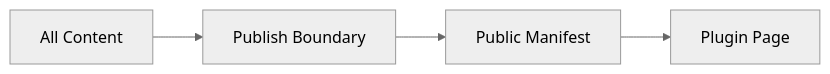
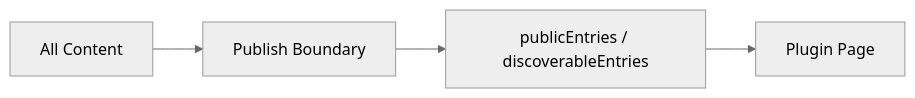
One commit to Rerurate514/riebeckite changed the ninth of 14 diagrams in docs/docs/framework/page-system.md. Above: the diagram before and after it, drawn with Mermaid (neutral theme). The commit also changed other lines of this file and 4 other files, not shown here.

````diff
--- a/docs/docs/framework/page-system.md
+++ b/docs/docs/framework/page-system.md
@@ -273,11 +273,11 @@
 ```mermaid id="s4t3xz"
 flowchart LR
     All["All Content"]
     Publish["Publish Boundary"]
-    Public["Public Manifest"]
+    Public["publicEntries / discoverableEntries"]
     Page["Plugin Page"]
 
     All --> Publish
     Publish --> Public
     Public --> Page
 ```
````
